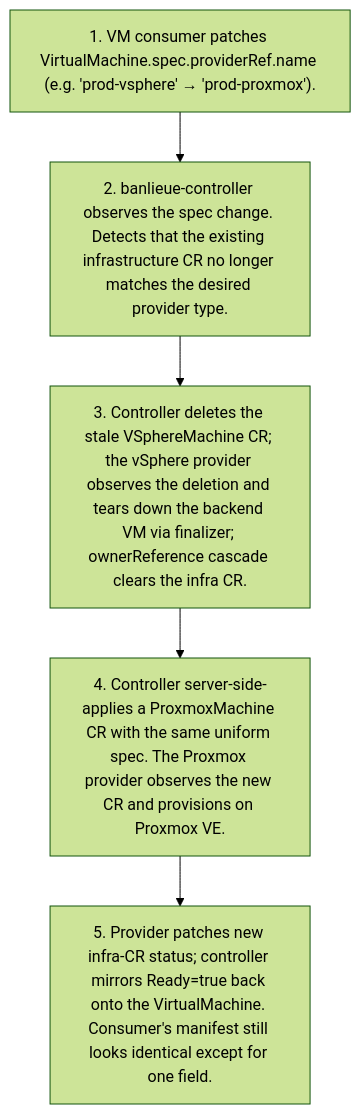
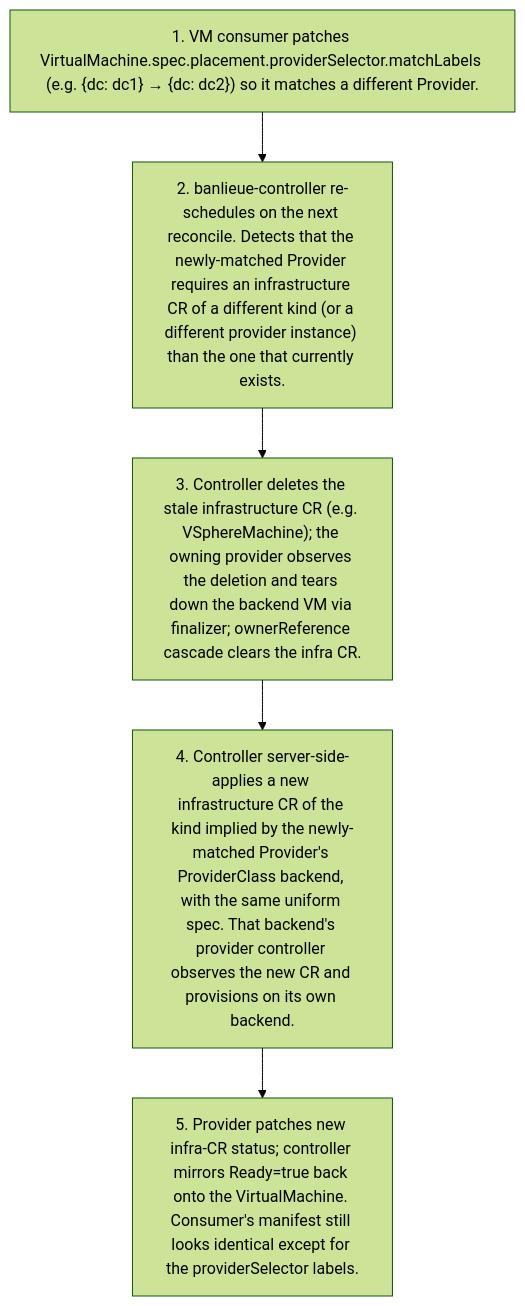
Before and after one commit to firestoned/banlieue: the second of 8 diagrams in docs/src/architecture/flows.md, drawn with Mermaid (forest theme). The commit also changed other lines of this file and 38 other files, not shown here.

Commit message:
Add support for VirtualMachine.spec.userData (#22)

````diff
--- a/docs/src/architecture/flows.md
+++ b/docs/src/architecture/flows.md
@@ -48,9 +48,9 @@
 ```mermaid
 flowchart TD
-    t1["1. VM consumer patches VirtualMachine.spec.providerRef.name (e.g. 'prod-vsphere' → 'prod-proxmox')."]
-    t2["2. banlieue-controller observes the spec change. Detects that the existing infrastructure CR no longer matches the desired provider type."]
-    t3["3. Controller deletes the stale VSphereMachine CR; the vSphere provider observes the deletion and tears down the backend VM via finalizer; ownerReference cascade clears the infra CR."]
-    t4["4. Controller server-side-applies a ProxmoxMachine CR with the same uniform spec. The Proxmox provider observes the new CR and provisions on Proxmox VE."]
-    t5["5. Provider patches new infra-CR status; controller mirrors Ready=true back onto the VirtualMachine. Consumer's manifest still looks identical except for one field."]
+    t1["1. VM consumer patches VirtualMachine.spec.placement.providerSelector.matchLabels (e.g. {dc: dc1} → {dc: dc2}) so it matches a different Provider."]
+    t2["2. banlieue-controller re-schedules on the next reconcile. Detects that the newly-matched Provider requires an infrastructure CR of a different kind (or a different provider instance) than the one that currently exists."]
+    t3["3. Controller deletes the stale infrastructure CR (e.g. VSphereMachine); the owning provider observes the deletion and tears down the backend VM via finalizer; ownerReference cascade clears the infra CR."]
+    t4["4. Controller server-side-applies a new infrastructure CR of the kind implied by the newly-matched Provider's ProviderClass backend, with the same uniform spec. That backend's provider controller observes the new CR and provisions on its own backend."]
+    t5["5. Provider patches new infra-CR status; controller mirrors Ready=true back onto the VirtualMachine. Consumer's manifest still looks identical except for the providerSelector labels."]
     t1 --> t2 --> t3 --> t4 --> t5
 ```
````
